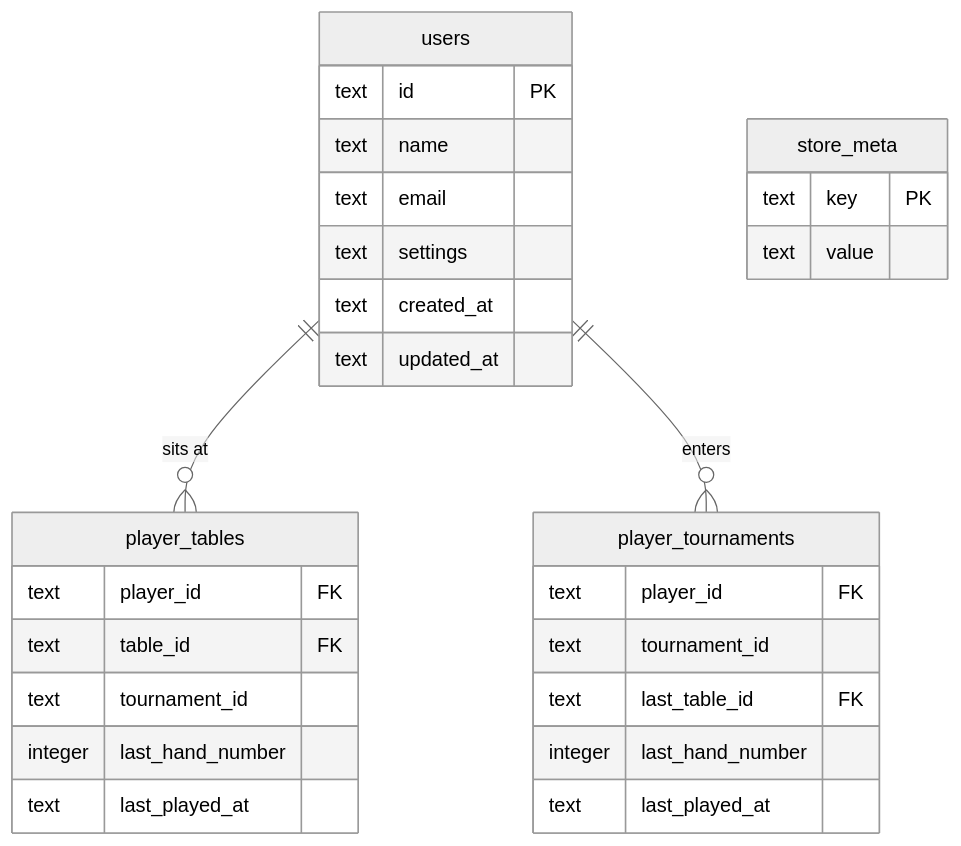
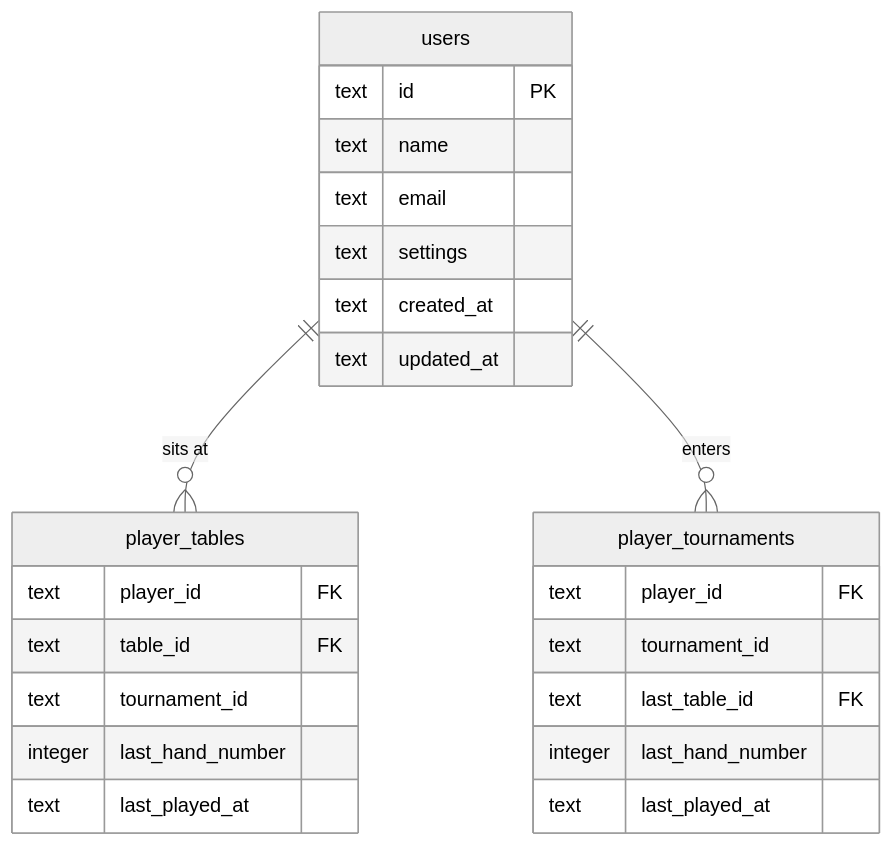
One commit to eliOcs/poker changed the diagram in doc/backend.md. Above: the diagram before and after it, drawn with Mermaid (neutral theme). The commit also changed other lines of this file and 5 other files, not shown here.

Commit message:
Simplify SQLite schema migrations

````diff
--- a/doc/backend.md
+++ b/doc/backend.md
@@ -71,32 +73,28 @@
 ```mermaid
 erDiagram
     users {
         text id PK
         text name
         text email
         text settings
         text created_at
         text updated_at
-    }
-    store_meta {
-        text key PK
-        text value
     }
     player_tables {
         text player_id FK
         text table_id FK
         text tournament_id
         integer last_hand_number
         text last_played_at
     }
     player_tournaments {
         text player_id FK
         text tournament_id
         text last_table_id FK
         integer last_hand_number
         text last_played_at
     }
 
     users ||--o{ player_tables : "sits at"
     users ||--o{ player_tournaments : "enters"
 ```
````
